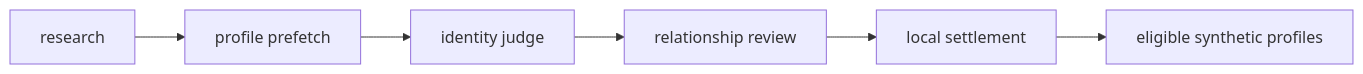
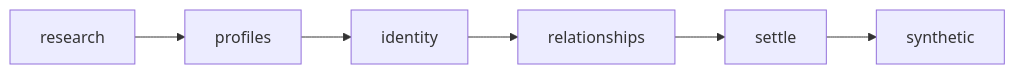
One commit to powerset-co/powerpacks changed the diagram in packs/ingestion/primitives/deep_context/enrich/README.md. Above: the diagram before and after it, drawn with Mermaid. The commit also changed other lines of this file and 47 other files, not shown here.

````diff
--- a/packs/ingestion/primitives/deep_context/enrich/README.md
+++ b/packs/ingestion/primitives/deep_context/enrich/README.md
@@ -12,8 +23,8 @@
 ```mermaid
 flowchart LR
-  research[research] --> profiles[profile prefetch]
-  profiles --> identity[identity judge]
-  identity --> relationship[relationship review]
-  relationship --> settle[local settlement]
-  settle --> synthetic[eligible synthetic profiles]
+  research[research] --> profiles[profiles]
+  profiles --> identity[identity]
+  identity --> relationships[relationships]
+  relationships --> settle[settle]
+  settle --> synthetic[synthetic]
 ```
````
